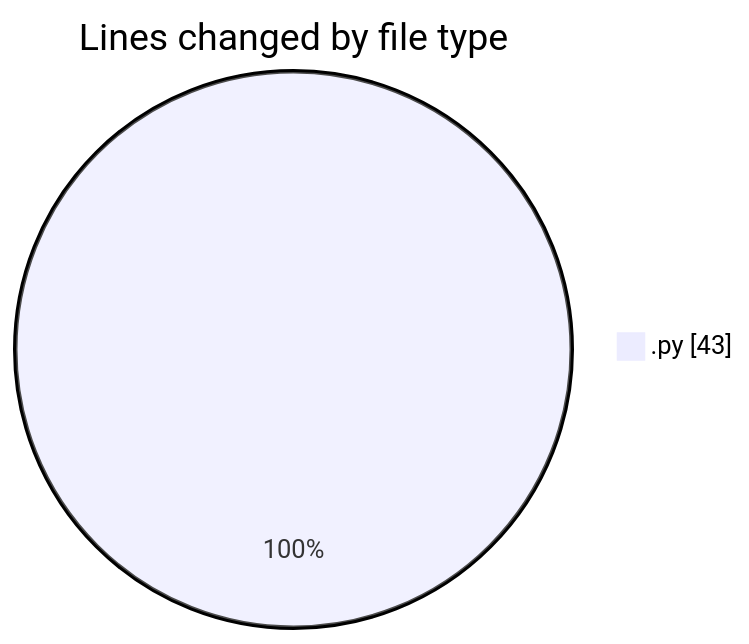
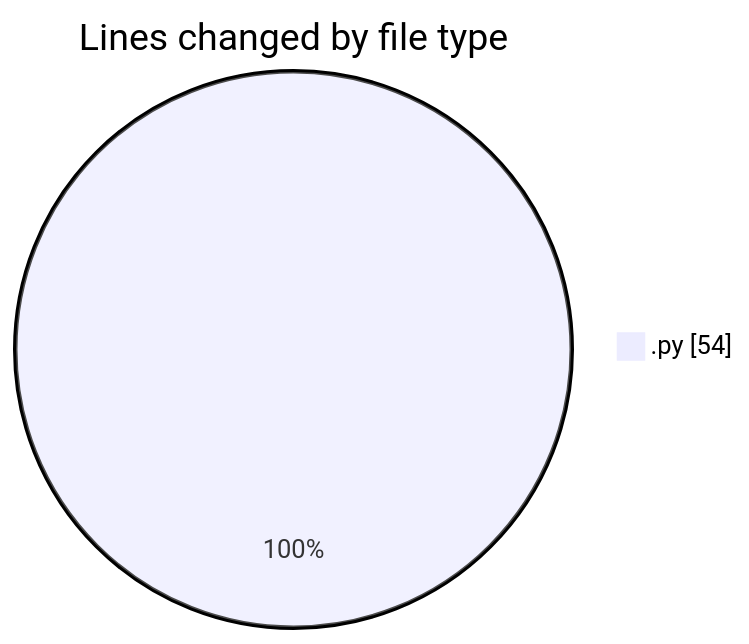
The first of 2 diagrams in 2025-04-20/myws__workspace_/README.md (MatusMokan/code-tracking), drawn with Mermaid before and after one commit. The commit also changed other lines of this file and 1 other file, not shown here.

````diff
--- a/2025-04-20/myws__workspace_/README.md
+++ b/2025-04-20/myws__workspace_/README.md
@@ -20,5 +20,5 @@
 ```mermaid
 pie showData
 title Lines changed by file type
-".py" : 43
+".py" : 54
 ```
````
